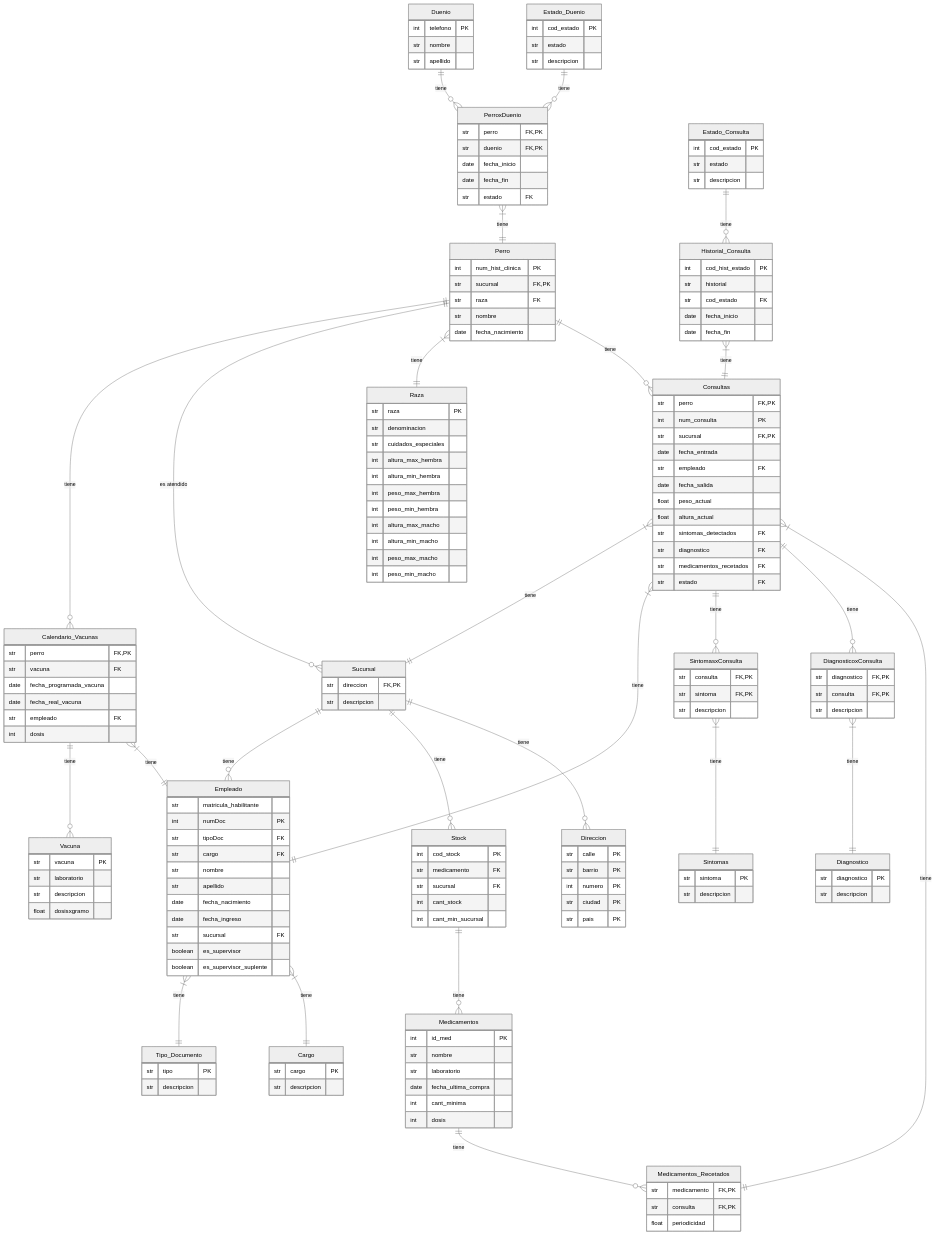
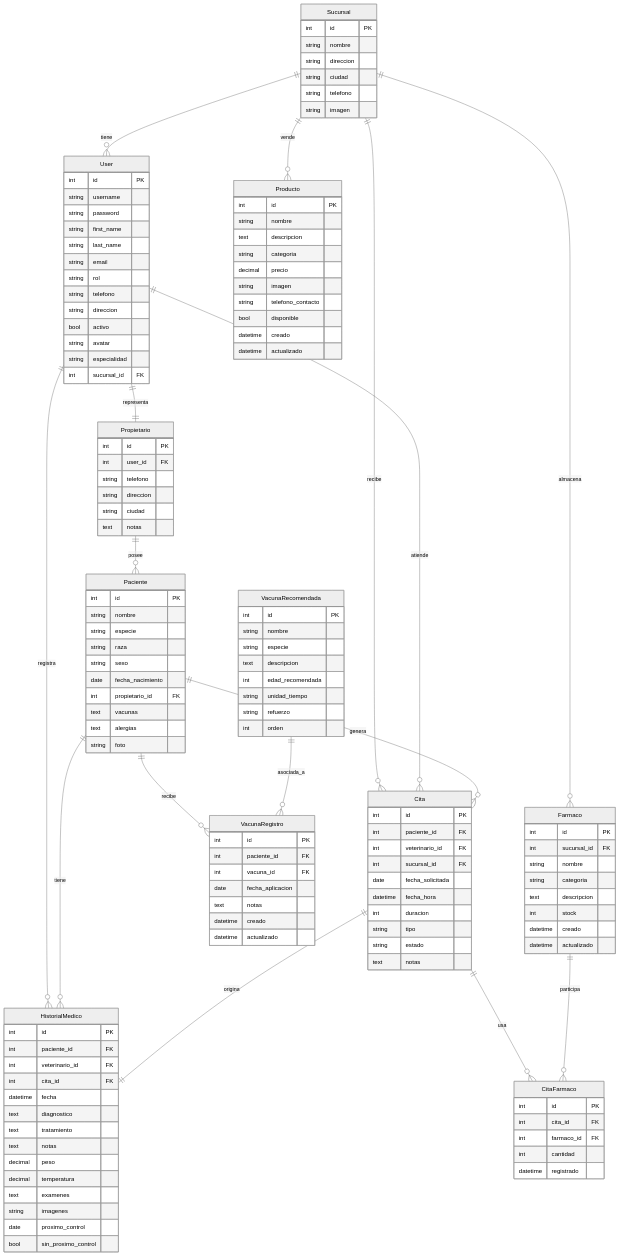
Before and after one commit to Villada-PG3/trabajo-practico-integrador-veterinaria-el-sabueso-feliz: the diagram in docs_extras/er.mmd, drawn with Mermaid (neutral theme).

Commit message:
actualizo mmd

```diff
--- a/docs_extras/er.mmd
+++ b/docs_extras/er.mmd
@@ -1,177 +1,159 @@
 erDiagram
+
+ 
     Sucursal {
-        str direccion FK, PK
-        str descripcion
-    }
-    Direccion {
-        str calle PK
-        str barrio PK
-        int numero PK
-        str ciudad PK
-        str pais PK
-    }
-    Empleado {
-        str matricula_habilitante
-        int numDoc PK
-        str tipoDoc FK
-        str cargo FK
-        str nombre
-        str apellido
-        date fecha_nacimiento
-        date fecha_ingreso
-        str sucursal FK
-        boolean es_supervisor
-        boolean es_supervisor_suplente
-    }
-    Tipo_Documento {
-        str tipo PK
-        str descripcion
-    }
-    Cargo {
-        str cargo PK
-        str descripcion
-    }
-    Raza {
-        str raza PK
-        str denominacion
-        str cuidados_especiales
-        int altura_max_hembra
-        int altura_min_hembra
-        int peso_max_hembra
-        int peso_min_hembra        
-        int altura_max_macho
-        int altura_min_macho
-        int peso_max_macho
-        int peso_min_macho
-    }
-    Perro {
-        int num_hist_clinica PK
-        str sucursal FK, PK
-        str raza FK
-        str nombre
-        date fecha_nacimiento
-    }
-    PerroxDuenio {
-        str perro FK, PK
-        str duenio FK, PK
-        date fecha_inicio
-        date fecha_fin
-        str estado FK
-    }
-    
-    Duenio {
-        int telefono PK
-        str nombre
-        str apellido
-    }
-    Calendario_Vacunas {
-        str perro FK, PK
-        str vacuna FK
-        date fecha_programada_vacuna
-        date fecha_real_vacuna
-        str empleado FK
-        int dosis
-    }
-    Vacuna {
-        str vacuna PK
-        str laboratorio
-        str descripcion
-        float dosisxgramo
-    }
-    Consultas {
-        str perro FK, PK
-        int num_consulta PK
-        str sucursal FK, PK
-        date fecha_entrada
-        str empleado FK
-        date fecha_salida
-        float peso_actual
-        float altura_actual
-        str sintomas_detectados FK
-        str diagnostico FK
-        str medicamentos_recetados FK
-        str estado FK
-    }
-    Medicamentos_Recetados {
-        str medicamento FK, PK
-        str consulta FK, PK
-        float periodicidad
-    }
-    Medicamentos {
-        int id_med PK
-        str nombre
-        str laboratorio
-        date fecha_ultima_compra
-        int cant_minima 
-        int dosis
-    }
-    Stock {
-        int cod_stock PK
-        str medicamento FK
-        str sucursal FK
-        int cant_stock
-        int cant_min_sucursal
-    }
-    Diagnostico {
-        str diagnostico PK
-        str descripcion
-    }
-    Sintomas {
-        str sintoma PK
-        str descripcion
-    }
-    Estado_Duenio {
-        int cod_estado PK
-        str estado
-        str descripcion
-    }
-    Historial_Consulta {
-        int cod_hist_estado PK
-        str historial
-        str cod_estado FK
-        date fecha_inicio
-        date fecha_fin
-    }
-    SintomasxConsulta {
-        str consulta FK, PK
-        str sintoma FK, PK
-        str descripcion
-    }
-    DiagnosticoxConsulta {
-        str diagnostico FK, PK
-        str consulta FK, PK
-        str descripcion
-    }
-    
-    Estado_Consulta {
-        int cod_estado PK
-        str estado
-        str descripcion
+        int id PK
+        string nombre
+        string direccion
+        string ciudad
+        string telefono
+        string imagen
     }
 
-    Perro ||--o{ Calendario_Vacunas : "tiene"
-    Calendario_Vacunas ||--o{ Vacuna : "tiene"
-    Calendario_Vacunas }|--|| Empleado : "tiene"
-    Empleado }|--|| Tipo_Documento : "tiene"
-    Empleado }|--|| Cargo : "tiene"
-    Sucursal ||--o{ Empleado : "tiene"
-    Sucursal ||--o{ Stock : "tiene"
-    Sucursal ||--o{ Direccion : "tiene"
-    Perro ||--o{ Sucursal : "es atendido"
-    Perro }|--|| Raza : "tiene"
-    PerroxDuenio }|--|| Perro : "tiene"
-    Perro ||--o{ Consultas : "tiene"
-    Consultas }|--|| Sucursal : "tiene"
-    Consultas }|--|| Empleado : "tiene"
-    Consultas ||--o{ SintomasxConsulta : "tiene"
-    SintomasxConsulta }|--|| Sintomas : "tiene"
-    Consultas ||--o{ DiagnosticoxConsulta : "tiene"
-    DiagnosticoxConsulta }|--|| Diagnostico : "tiene"
-    Duenio ||--o{ PerroxDuenio : "tiene"
-    
-    Estado_Duenio ||--o{ PerroxDuenio : "tiene"
-    Consultas }|--|| Medicamentos_Recetados : "tiene"
-    Stock ||--o{ Medicamentos : "tiene"
-    Medicamentos ||--o{ Medicamentos_Recetados : "tiene"
-    Estado_Consulta ||--o{ Historial_Consulta : "tiene"
-    Historial_Consulta }|--|| Consultas : "tiene"
+    User {
+        int id PK
+        string username
+        string password
+        string first_name
+        string last_name
+        string email
+        string rol 
+        string telefono
+        string direccion
+        bool activo
+        string avatar
+        string especialidad
+        int sucursal_id FK
+    }
+
+    Propietario {
+        int id PK
+        int user_id FK
+        string telefono
+        string direccion
+        string ciudad
+        text notas
+    }
+
+    Paciente {
+        int id PK
+        string nombre
+        string especie
+        string raza
+        string sexo
+        date fecha_nacimiento
+        int propietario_id FK
+        text vacunas
+        text alergias
+        string foto
+    }
+
+    Cita {
+        int id PK
+        int paciente_id FK
+        int veterinario_id FK
+        int sucursal_id FK
+        date fecha_solicitada
+        datetime fecha_hora
+        int duracion
+        string tipo
+        string estado
+        text notas
+    }
+
+    HistorialMedico {
+        int id PK
+        int paciente_id FK
+        int veterinario_id FK
+        int cita_id FK
+        datetime fecha
+        text diagnostico
+        text tratamiento
+        text notas
+        decimal peso
+        decimal temperatura
+        text examenes
+        string imagenes
+        date proximo_control
+        bool sin_proximo_control
+    }
+
+    Farmaco {
+        int id PK
+        int sucursal_id FK
+        string nombre
+        string categoria
+        text descripcion
+        int stock
+        datetime creado
+        datetime actualizado
+    }
+
+    CitaFarmaco {
+        int id PK
+        int cita_id FK
+        int farmaco_id FK
+        int cantidad
+        datetime registrado
+    }
+
+    VacunaRecomendada {
+        int id PK
+        string nombre
+        string especie
+        text descripcion
+        int edad_recomendada
+        string unidad_tiempo
+        string refuerzo
+        int orden
+    }
+
+    VacunaRegistro {
+        int id PK
+        int paciente_id FK
+        int vacuna_id FK
+        date fecha_aplicacion
+        text notas
+        datetime creado
+        datetime actualizado
+    }
+
+    Producto {
+        int id PK
+        string nombre
+        text descripcion
+        string categoria
+        decimal precio
+        string imagen
+        string telefono_contacto
+        bool disponible
+        datetime creado
+        datetime actualizado
+    }
+
+    Sucursal ||--o{ User : "tiene"
+    Sucursal ||--o{ Farmaco : "almacena"
+    Sucursal ||--o{ Cita : "recibe"
+    Sucursal ||--o{ Producto : "vende"
+
+  
+    User ||--|| Propietario : "representa"
+    User ||--o{ Cita : "atiende"
+    User ||--o{ HistorialMedico : "registra"
+
+  
+    Propietario ||--o{ Paciente : "posee"
+
+
+    Paciente ||--o{ Cita : "genera"
+    Paciente ||--o{ HistorialMedico : "tiene"
+    Paciente ||--o{ VacunaRegistro : "recibe"
+
+    Cita ||--|| HistorialMedico : "origina"
+    Cita ||--o{ CitaFarmaco : "usa"
+
+   
+    Farmaco ||--o{ CitaFarmaco : "participa"
+
+  
+    VacunaRecomendada ||--o{ VacunaRegistro : "asociada_a"
```
